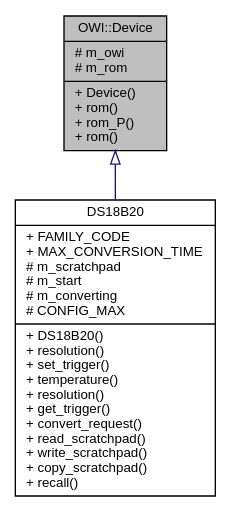
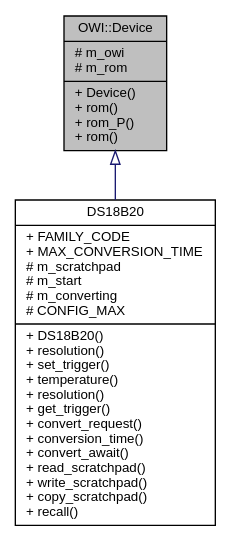
Before and after one commit to mikaelpatel/mikaelpatel.github.io: the diagram in Arduino-OWI/d7/db8/classOWI_1_1Device__inherit__graph.dot, drawn with Graphviz. The commit also changed 294 other files, not shown here.

```diff
--- a/Arduino-OWI/d7/db8/classOWI_1_1Device__inherit__graph.dot
+++ b/Arduino-OWI/d7/db8/classOWI_1_1Device__inherit__graph.dot
@@ -1,8 +1,8 @@
 digraph "OWI::Device"
 {
   edge [fontname="Helvetica",fontsize="10",labelfontname="Helvetica",labelfontsize="10"];
   node [fontname="Helvetica",fontsize="10",shape=record];
   Node1 [label="{OWI::Device\n|# m_owi\l# m_rom\l|+ Device()\l+ rom()\l+ rom_P()\l+ rom()\l}",height=0.2,width=0.4,color="black", fillcolor="grey75", style="filled", fontcolor="black"];
   Node1 -> Node2 [dir="back",color="midnightblue",fontsize="10",style="solid",arrowtail="onormal",fontname="Helvetica"];
-  Node2 [label="{DS18B20\n|+ FAMILY_CODE\l+ MAX_CONVERSION_TIME\l# m_scratchpad\l# m_start\l# m_converting\l# CONFIG_MAX\l|+ DS18B20()\l+ resolution()\l+ set_trigger()\l+ temperature()\l+ resolution()\l+ get_trigger()\l+ convert_request()\l+ read_scratchpad()\l+ write_scratchpad()\l+ copy_scratchpad()\l+ recall()\l}",height=0.2,width=0.4,color="black", fillcolor="white", style="filled",URL="$da/dc6/classDS18B20.html"];
+  Node2 [label="{DS18B20\n|+ FAMILY_CODE\l+ MAX_CONVERSION_TIME\l# m_scratchpad\l# m_start\l# m_converting\l# CONFIG_MAX\l|+ DS18B20()\l+ resolution()\l+ set_trigger()\l+ temperature()\l+ resolution()\l+ get_trigger()\l+ convert_request()\l+ conversion_time()\l+ convert_await()\l+ read_scratchpad()\l+ write_scratchpad()\l+ copy_scratchpad()\l+ recall()\l}",height=0.2,width=0.4,color="black", fillcolor="white", style="filled",URL="$da/dc6/classDS18B20.html"];
 }
```
